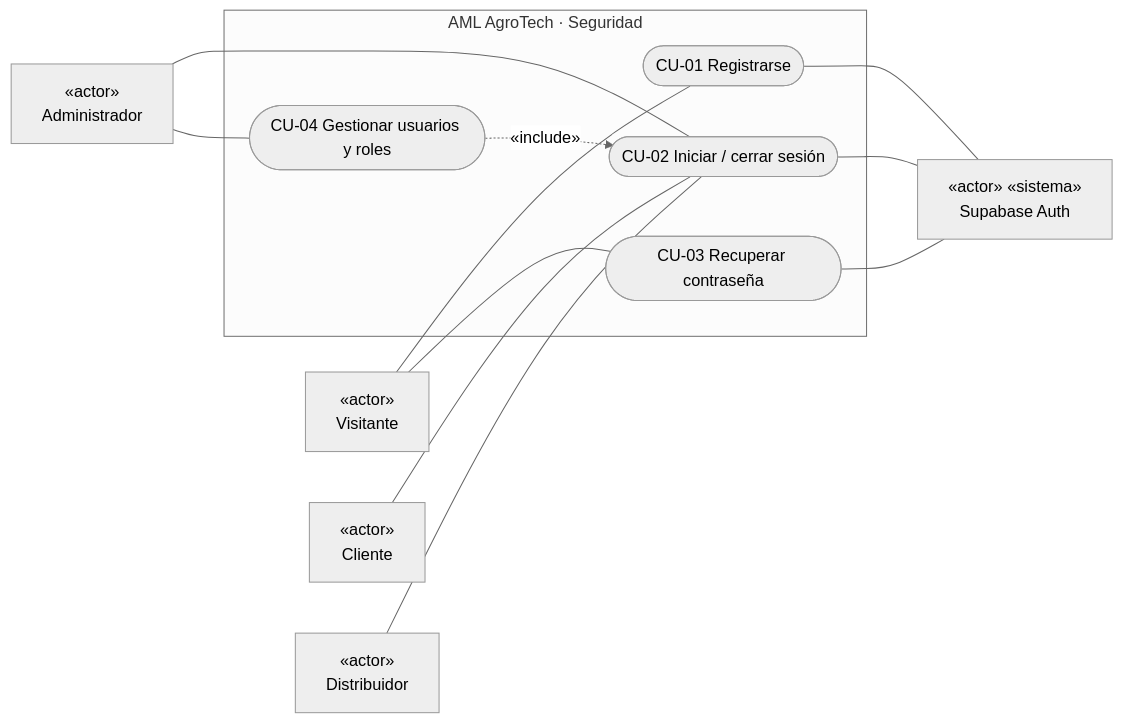
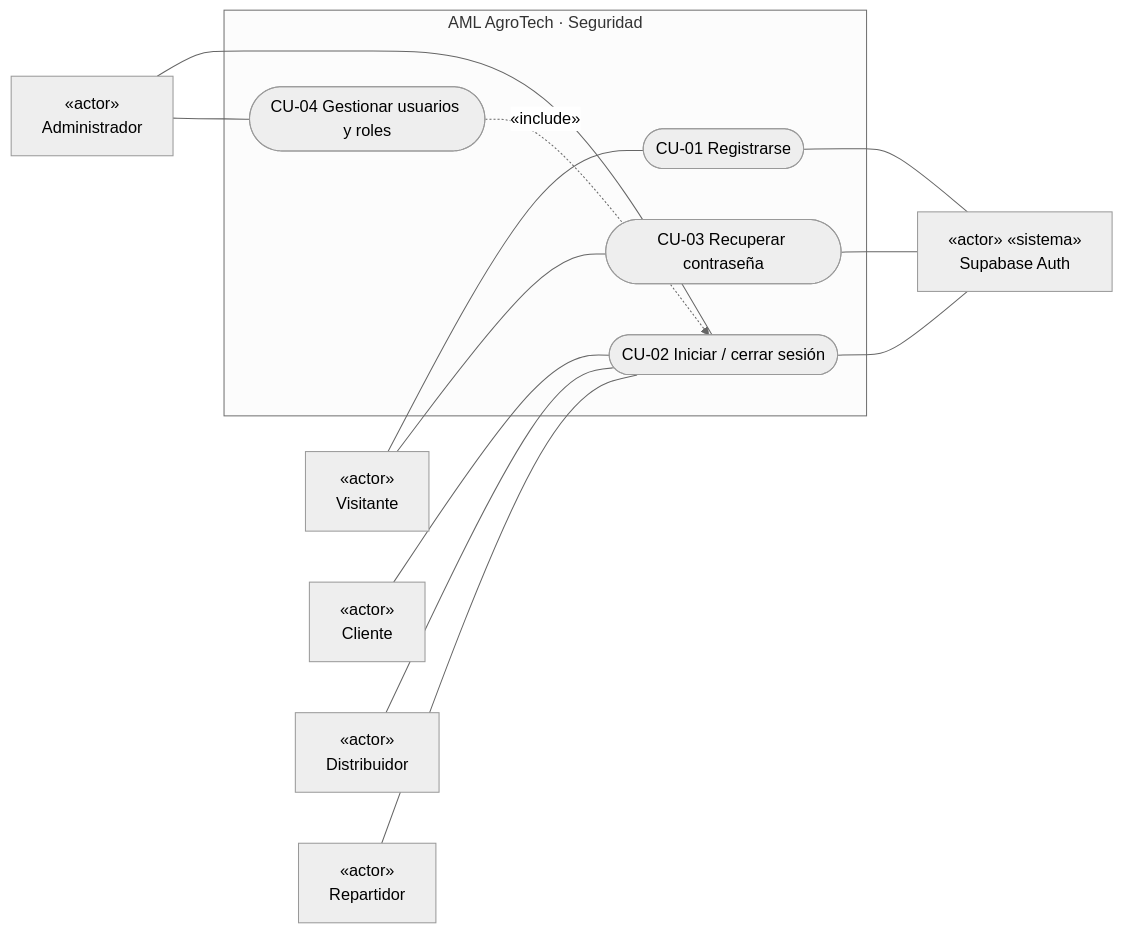
Before and after one commit to Almartinezlima/AML-AgroTech: the second of 9 diagrams in docs/uml/casos-de-uso.md, drawn with Mermaid (neutral theme). The commit also changed other lines of this file and 25 other files, not shown here.

````diff
--- a/docs/uml/casos-de-uso.md
+++ b/docs/uml/casos-de-uso.md
@@ -36,24 +36,26 @@
 ```mermaid
 flowchart LR
   V["«actor»<br/>Visitante"]
   C["«actor»<br/>Cliente"]
   A["«actor»<br/>Administrador"]
   D["«actor»<br/>Distribuidor"]
+  R["«actor»<br/>Repartidor"]
   S["«actor» «sistema»<br/>Supabase Auth"]
   subgraph SEG["AML AgroTech · Seguridad"]
     CU01(["CU-01 Registrarse"])
     CU02(["CU-02 Iniciar / cerrar sesión"])
     CU03(["CU-03 Recuperar contraseña"])
     CU04(["CU-04 Gestionar usuarios y roles"])
   end
   V --- CU01
   V --- CU03
   C --- CU02
   A --- CU02
   D --- CU02
+  R --- CU02
   A --- CU04
   CU04 -.->|«include»| CU02
   CU01 --- S
   CU02 --- S
   CU03 --- S
 ```
````
